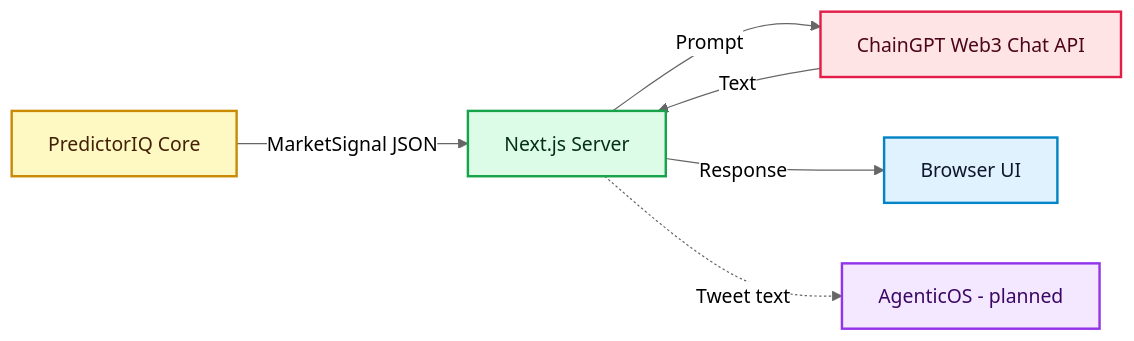
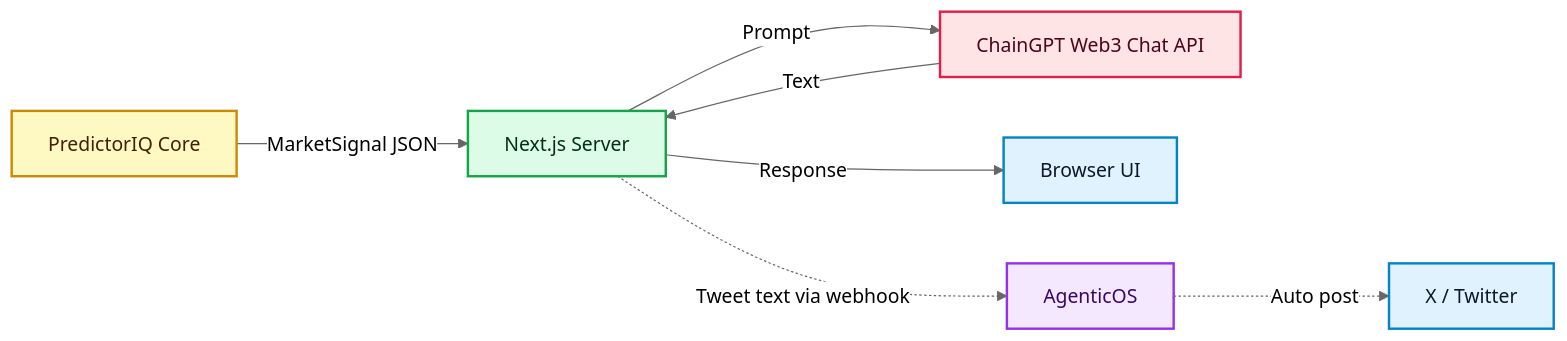
Before and after one commit to nelsonjingusc/predictoriq-demo: the first of 2 diagrams in docs/CHAINGPT_INTEGRATION_OVERVIEW.md, drawn with Mermaid (neutral theme). The commit also changed other lines of this file, not shown here.

Commit message:
update architecture

````diff
--- a/docs/CHAINGPT_INTEGRATION_OVERVIEW.md
+++ b/docs/CHAINGPT_INTEGRATION_OVERVIEW.md
@@ -15,20 +14,22 @@
 ```mermaid
 flowchart LR
   classDef data fill:#FEF9C3,stroke:#CA8A04,color:#422006,stroke-width:2px
   classDef server fill:#DCFCE7,stroke:#16A34A,color:#052E16,stroke-width:2px
   classDef chaingpt fill:#FFE4E6,stroke:#E11D48,color:#4C0519,stroke-width:2px
   classDef output fill:#E0F2FE,stroke:#0284C7,color:#0F172A,stroke-width:2px
-  classDef future fill:#F3E8FF,stroke:#9333EA,color:#3B0764,stroke-width:2px
+  classDef agent fill:#F3E8FF,stroke:#9333EA,color:#3B0764,stroke-width:2px
 
   A[PredictorIQ Core]:::data
   B[Next.js Server]:::server
   C[ChainGPT Web3 Chat API]:::chaingpt
   D[Browser UI]:::output
-  E[AgenticOS - planned]:::future
+  E[AgenticOS]:::agent
+  F[X / Twitter]:::output
 
   A -->|MarketSignal JSON| B
   B -->|Prompt| C
   C -->|Text| B
   B -->|Response| D
-  B -.->|Tweet text| E
+  B -.->|Tweet text via webhook| E
+  E -.->|Auto post| F
 ```
````
